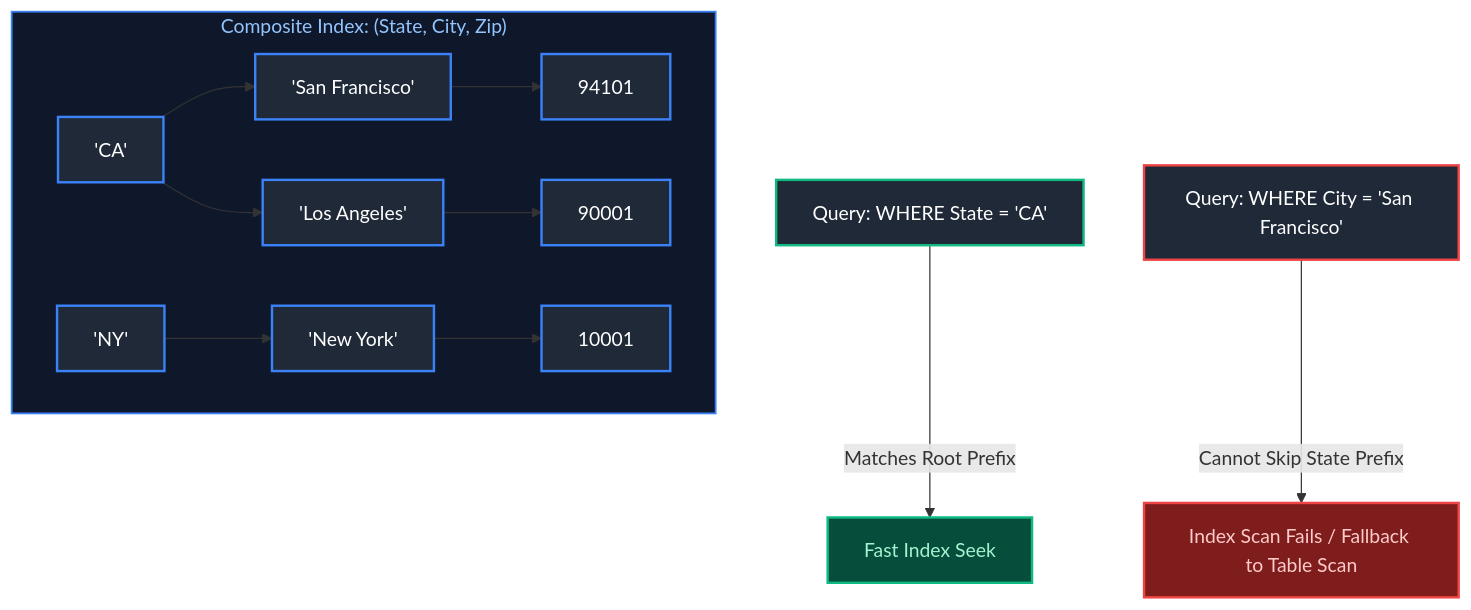
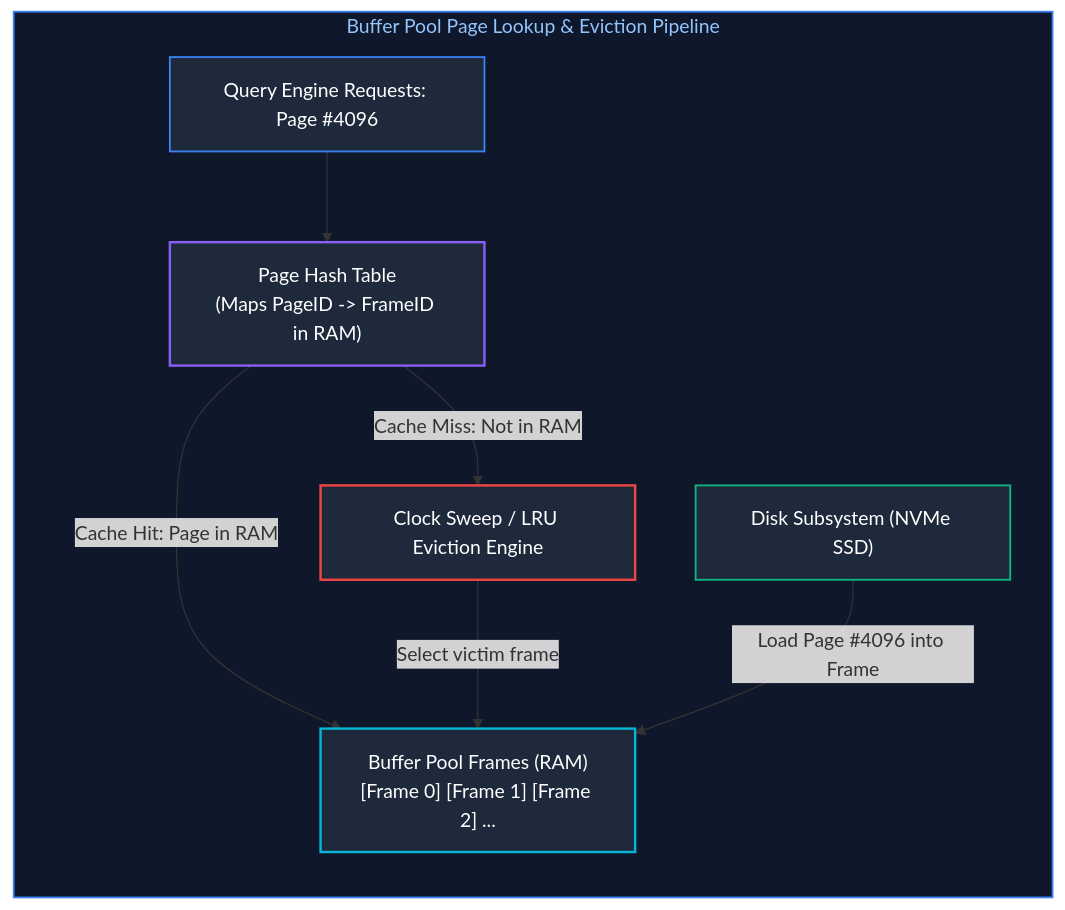
Before and after one commit to joydeep-biswas/Interview-Preparation: the ninth of 23 diagrams in Data Engineering/04_database_internals_and_performance.md, drawn with Mermaid. The commit also changed other lines of this file and 143 other files, not shown here.

````diff
--- a/Data Engineering/04_database_internals_and_performance.md
+++ b/Data Engineering/04_database_internals_and_performance.md
@@ -732,26 +488,23 @@
 ```mermaid
-flowchart TD
-    subgraph CompositeIndex ["Composite Index: (State, City, Zip)"]
-        CA["'CA'"] --> SF["'San Francisco'"] --> Z94101["94101"]
-        CA --> LA["'Los Angeles'"] --> Z90001["90001"]
-        NY["'NY'"] --> NYC["'New York'"] --> Z10001["10001"]
+flowchart LR
+    subgraph PageAccessFlow ["Buffer Pool Page Lookup & Eviction Pipeline"]
+        Query["Query Engine Requests: Page #4096"]
+        HashTable["Page Hash Table<br/>(Maps PageID -> FrameID in RAM)"]
+        FrameArray["Buffer Pool Frames (RAM)<br/>[Frame 0] [Frame 1] [Frame 2] ..."]
+        DiskReader["Disk Subsystem (NVMe SSD)"]
+        Evictor["Clock Sweep / LRU Eviction Engine"]
+
+        Query --> HashTable
+        HashTable -->|"Cache Hit: Page in RAM"| FrameArray
+        HashTable -->|"Cache Miss: Not in RAM"| Evictor
+        Evictor -->|"Select victim frame"| FrameArray
+        DiskReader -->|"Load Page #4096 into Frame"| FrameArray
     end
-    
-    Q1["Query: WHERE State = 'CA'"] -->|Matches Root Prefix| Fast1["Fast Index Seek"]
-    Q2["Query: WHERE City = 'San Francisco'"] -->|Cannot Skip State Prefix| Slow2["Index Scan Fails / Fallback to Table Scan"]
 
-    style CompositeIndex fill:#0f172a,stroke:#3b82f6,stroke-width:1.5px,color:#93c5fd
-
-    style CA fill:#1f2937,stroke:#3b82f6,stroke-width:2px,color:#fff
-    style SF fill:#1f2937,stroke:#3b82f6,stroke-width:2px,color:#fff
-    style Z94101 fill:#1f2937,stroke:#3b82f6,stroke-width:2px,color:#fff
-    style LA fill:#1f2937,stroke:#3b82f6,stroke-width:2px,color:#fff
-    style Z90001 fill:#1f2937,stroke:#3b82f6,stroke-width:2px,color:#fff
-    style NY fill:#1f2937,stroke:#3b82f6,stroke-width:2px,color:#fff
-    style NYC fill:#1f2937,stroke:#3b82f6,stroke-width:2px,color:#fff
-    style Z10001 fill:#1f2937,stroke:#3b82f6,stroke-width:2px,color:#fff
-    style Q1 fill:#1f2937,stroke:#10b981,stroke-width:2px,color:#fff
-    style Fast1 fill:#064e3b,stroke:#10b981,stroke-width:2px,color:#a7f3d0
-    style Q2 fill:#1f2937,stroke:#ef4444,stroke-width:2px,color:#fff
-    style Slow2 fill:#7f1d1d,stroke:#ef4444,stroke-width:2px,color:#fecaca
+    style PageAccessFlow fill:#0f172a,stroke:#3b82f6,stroke-width:1.5px,color:#93c5fd
+    style Query fill:#1e293b,stroke:#3b82f6,stroke-width:1.5px,color:#fff
+    style HashTable fill:#1e293b,stroke:#8b5cf6,stroke-width:2px,color:#fff
+    style FrameArray fill:#1e293b,stroke:#06b6d4,stroke-width:2px,color:#fff
+    style DiskReader fill:#1e293b,stroke:#10b981,stroke-width:1.5px,color:#fff
+    style Evictor fill:#1e293b,stroke:#ef4444,stroke-width:2px,color:#fff
 ```
````
